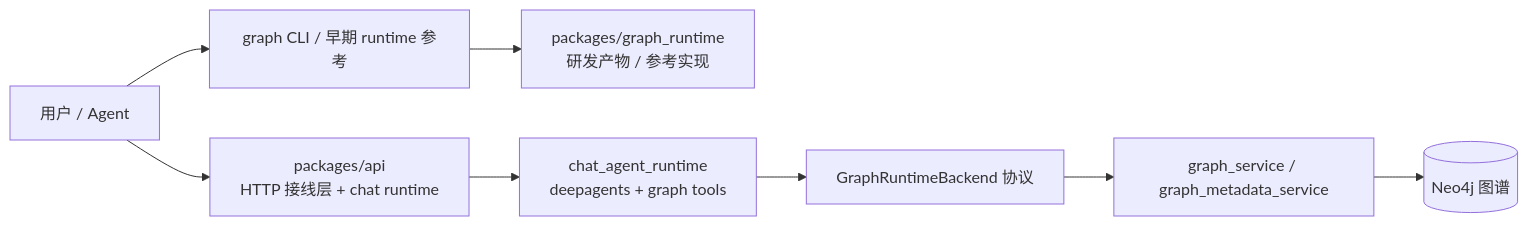
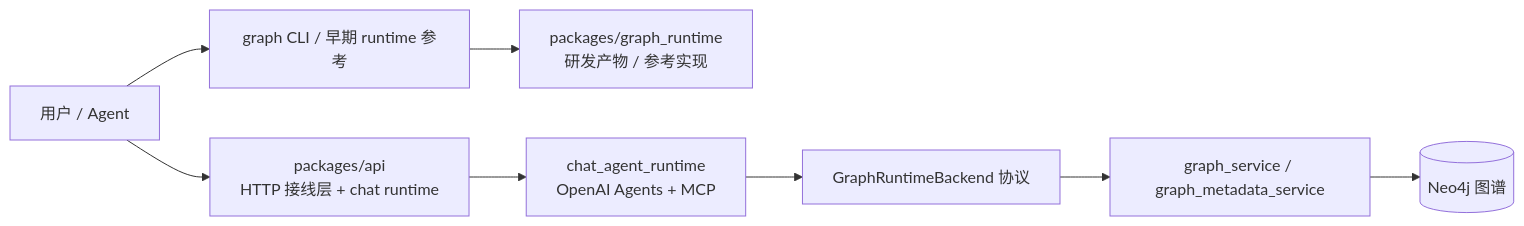
One commit to ticoAg/BaiCao changed the second of 3 diagrams in docs/architecture/knowledge-model-and-ingestion.md. Above: the diagram before and after it, drawn with Mermaid. The commit also changed other lines of this file and 116 other files, not shown here.

````diff
--- a/docs/architecture/knowledge-model-and-ingestion.md
+++ b/docs/architecture/knowledge-model-and-ingestion.md
@@ -155,10 +155,10 @@
 ```mermaid
 flowchart LR
     User[用户 / Agent] --> CLI[graph CLI / 早期 runtime 参考]
     User --> API[packages/api<br/>HTTP 接线层 + chat runtime]
     CLI --> LegacyRuntime[packages/graph_runtime<br/>研发产物 / 参考实现]
-    API --> Runtime[chat_agent_runtime<br/>deepagents + graph tools]
+    API --> Runtime[chat_agent_runtime<br/>OpenAI Agents + MCP]
     Runtime --> Backend[GraphRuntimeBackend 协议]
     Backend --> GraphService[graph_service / graph_metadata_service]
     GraphService --> Neo4j[(Neo4j 图谱)]
 ```
````
